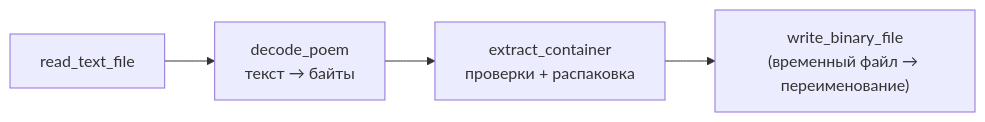
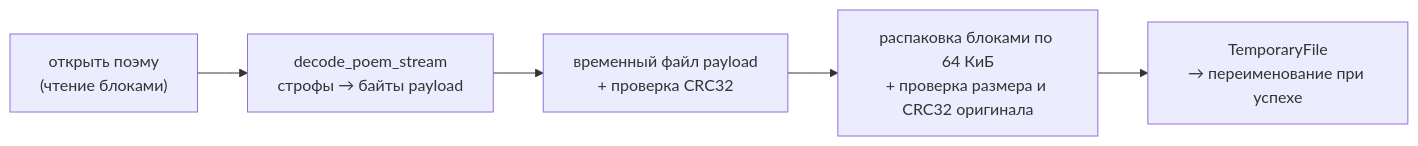
Before and after one commit to Viole1/bard-zip: the fourth of 7 diagrams in docs/ru/main-flow.md, drawn with Mermaid. The commit also changed other lines of this file and 36 other files, not shown here.

````diff
--- a/docs/ru/main-flow.md
+++ b/docs/ru/main-flow.md
@@ -71,6 +79,7 @@
 ```mermaid
 flowchart LR
-    A["read_text_file"] --> B["decode_poem<br/>текст → байты"]
-    B --> C["extract_container<br/>проверки + распаковка"]
-    C --> D["write_binary_file<br/>(временный файл → переименование)"]
+    A["открыть поэму<br/>(чтение блоками)"] --> B["decode_poem_stream<br/>строфы → байты payload"]
+    B --> C["временный файл payload<br/>+ проверка CRC32"]
+    C --> D["распаковка блоками по 64 КиБ<br/>+ проверка размера и CRC32 оригинала"]
+    D --> E["TemporaryFile<br/>→ переименование при успехе"]
 ```
````
